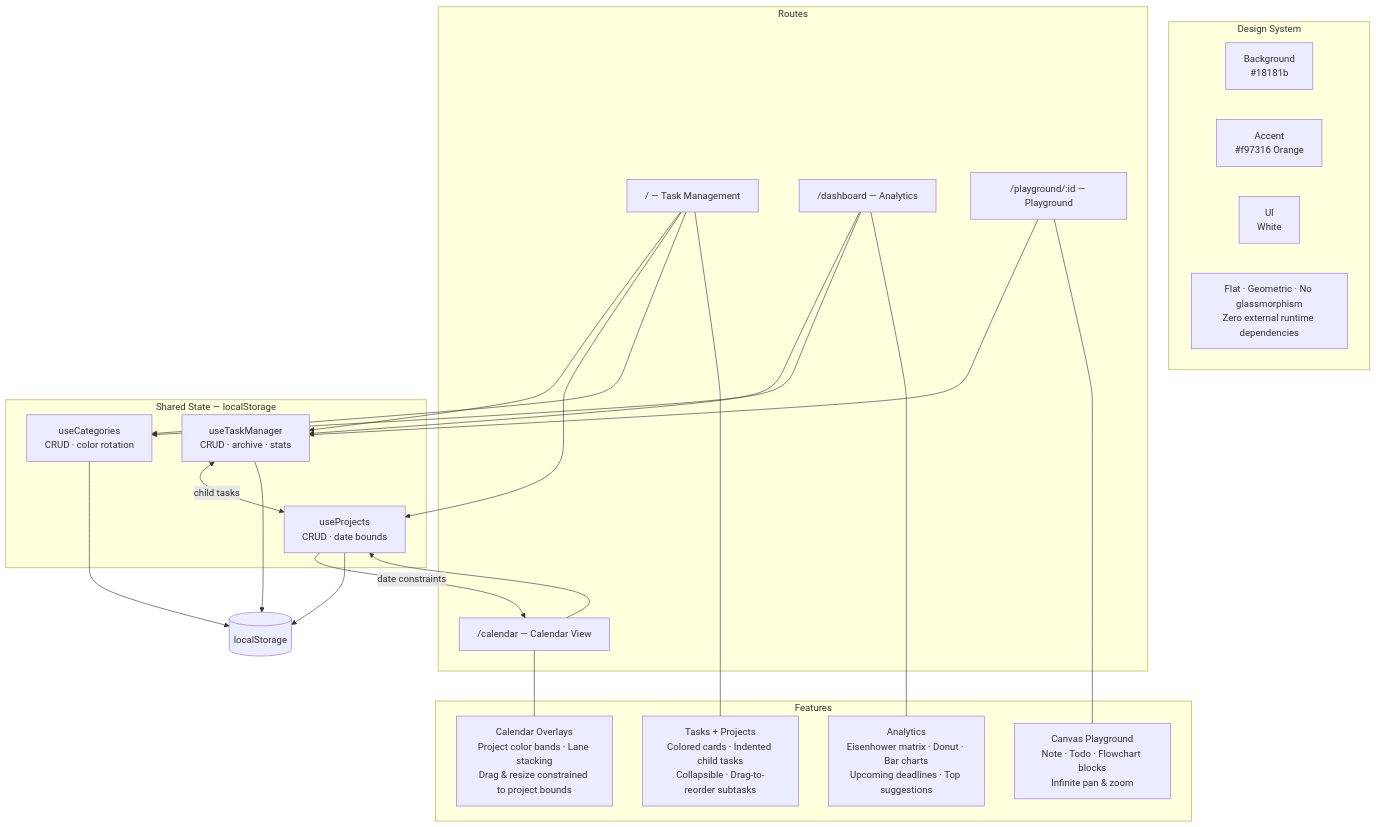
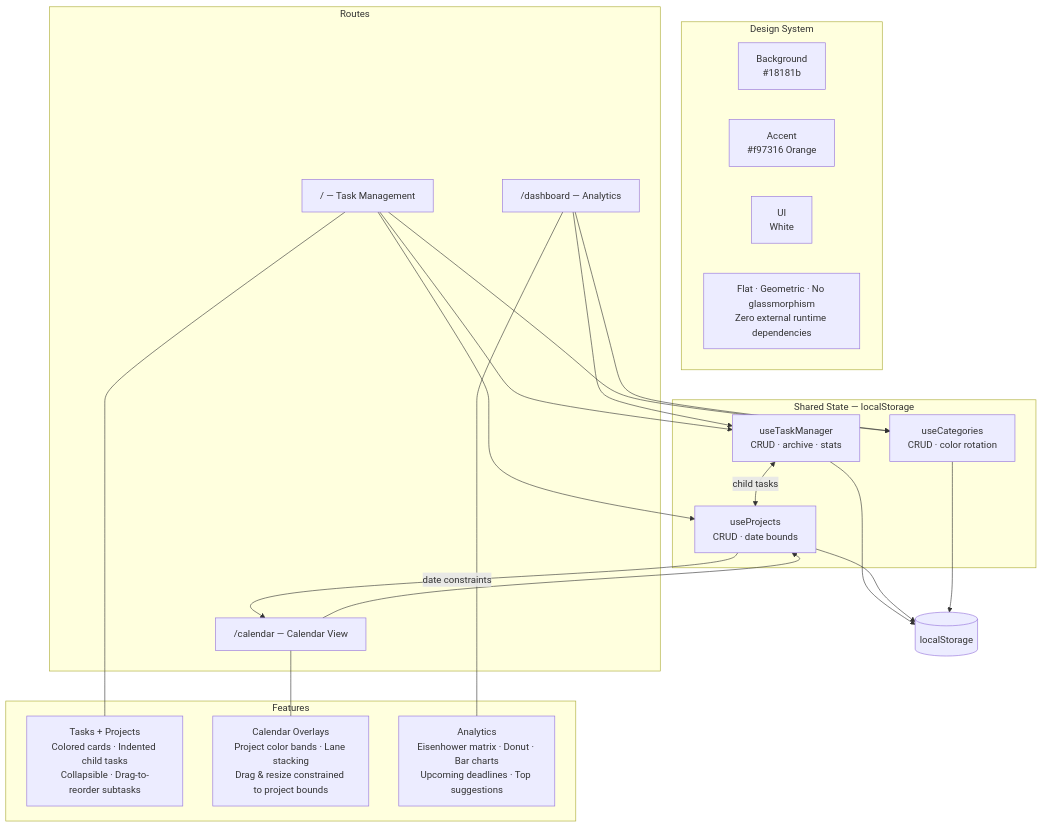
Before and after one commit to LoveMig6334/mc-todo: the diagram in README.md, drawn with Mermaid. The commit also changed other lines of this file and 2 other files, not shown here.

Commit message:
docs: remove playground references from project documentation

````diff
--- a/README.md
+++ b/README.md
@@ -19,44 +19,40 @@
 ```mermaid
 graph TD
     subgraph DS["Design System"]
         BG["Background\n#18181b"]
         ACC["Accent\n#f97316 Orange"]
         UI["UI\nWhite"]
         PRIN["Flat · Geometric · No glassmorphism\nZero external runtime dependencies"]
     end
 
     subgraph ROUTES["Routes"]
         R1["/ — Task Management"]
         R2["/calendar — Calendar View"]
         R3["/dashboard — Analytics"]
-        R4["/playground/:id — Playground"]
     end
 
     subgraph STATE["Shared State — localStorage"]
         TM["useTaskManager\nCRUD · archive · stats"]
         UP["useProjects\nCRUD · date bounds"]
         UC["useCategories\nCRUD · color rotation"]
     end
 
     subgraph FEAT["Features"]
         F1["Tasks + Projects\nColored cards · Indented child tasks\nCollapsible · Drag-to-reorder subtasks"]
         F2["Calendar Overlays\nProject color bands · Lane stacking\nDrag & resize constrained to project bounds"]
         F3["Analytics\nEisenhower matrix · Donut · Bar charts\nUpcoming deadlines · Top suggestions"]
-        F4["Canvas Playground\nNote · Todo · Flowchart blocks\nInfinite pan & zoom"]
     end
 
     R1 --> TM & UP & UC
     R2 --> UP
     R3 --> TM & UC
-    R4 --> TM
 
     UP -- "date constraints" --> R2
     TM <-- "child tasks" --> UP
 
     TM & UP & UC --> LS[(localStorage)]
 
     R1 --- F1
     R2 --- F2
     R3 --- F3
-    R4 --- F4
 ```
````
